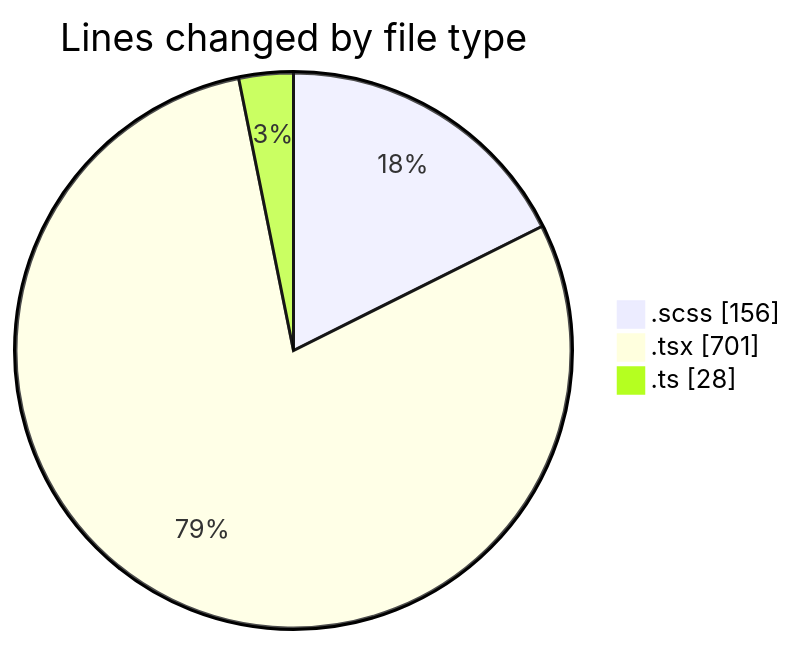
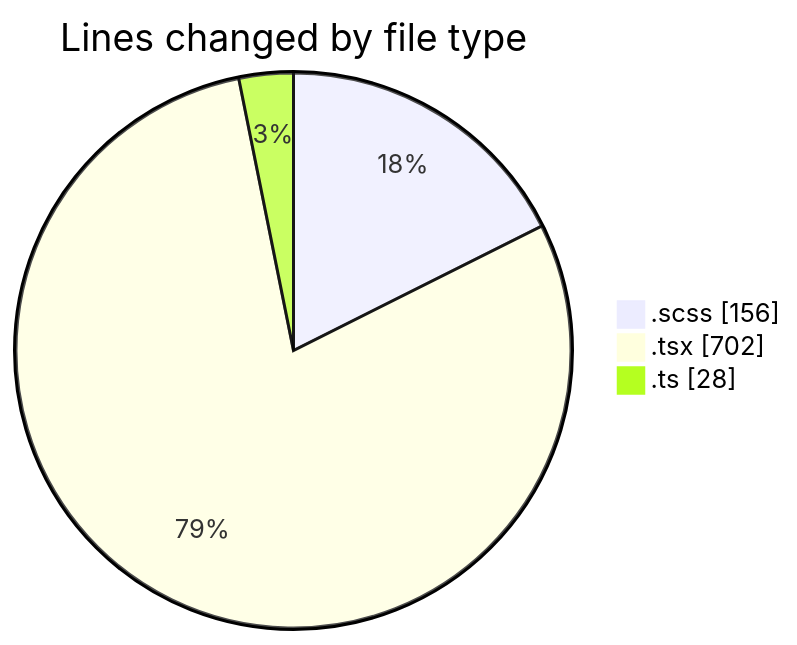
The first of 2 diagrams in 2025-02-10/cda/README.md (momahboobian/code-tracking), drawn with Mermaid before and after one commit. The commit also changed other lines of this file and 1 other file, not shown here.

````diff
--- a/2025-02-10/cda/README.md
+++ b/2025-02-10/cda/README.md
@@ -25,7 +25,7 @@
 ```mermaid
 pie showData
 title Lines changed by file type
 ".scss" : 156
-".tsx" : 701
+".tsx" : 702
 ".ts" : 28
 ```
````
